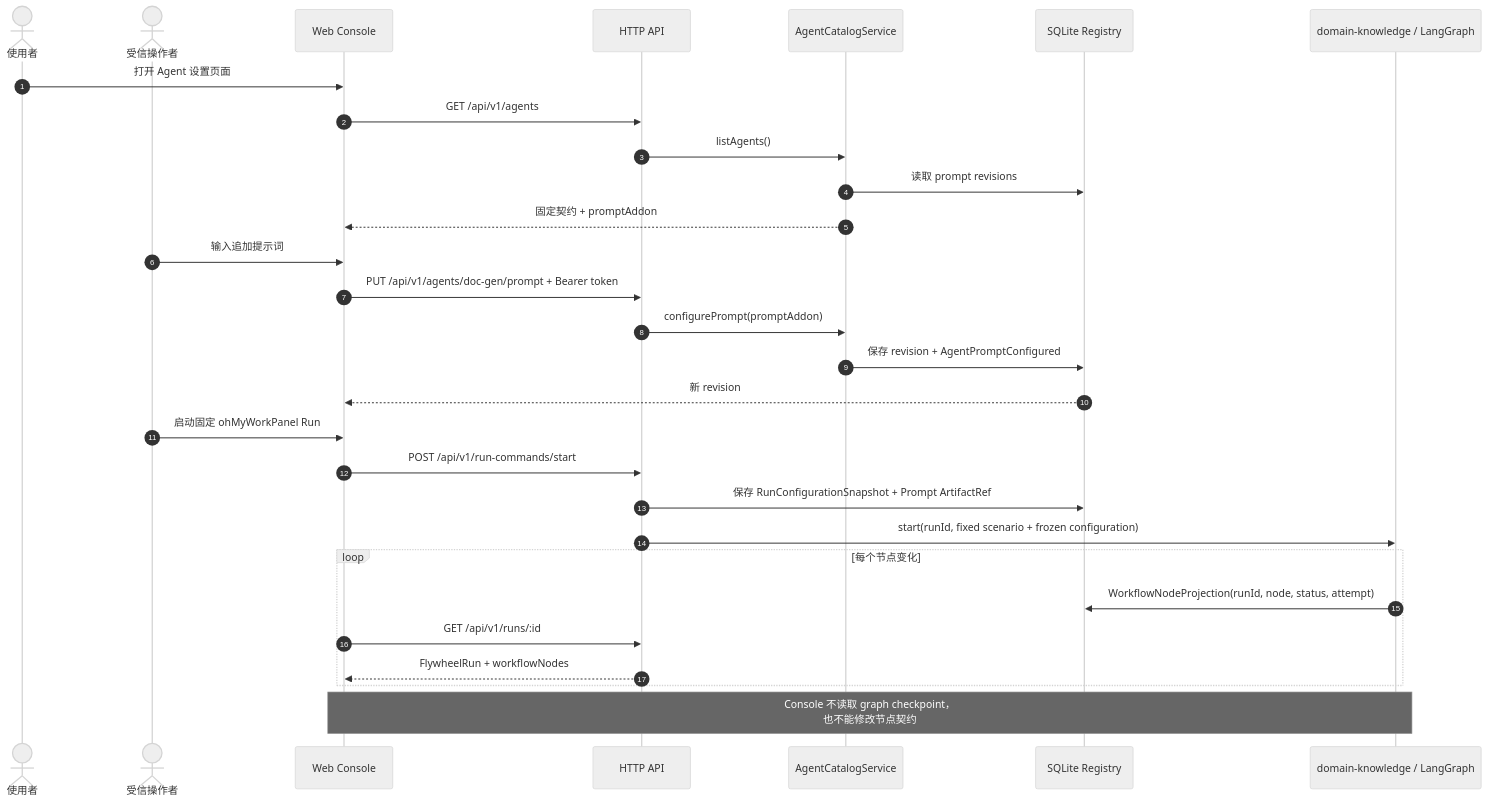
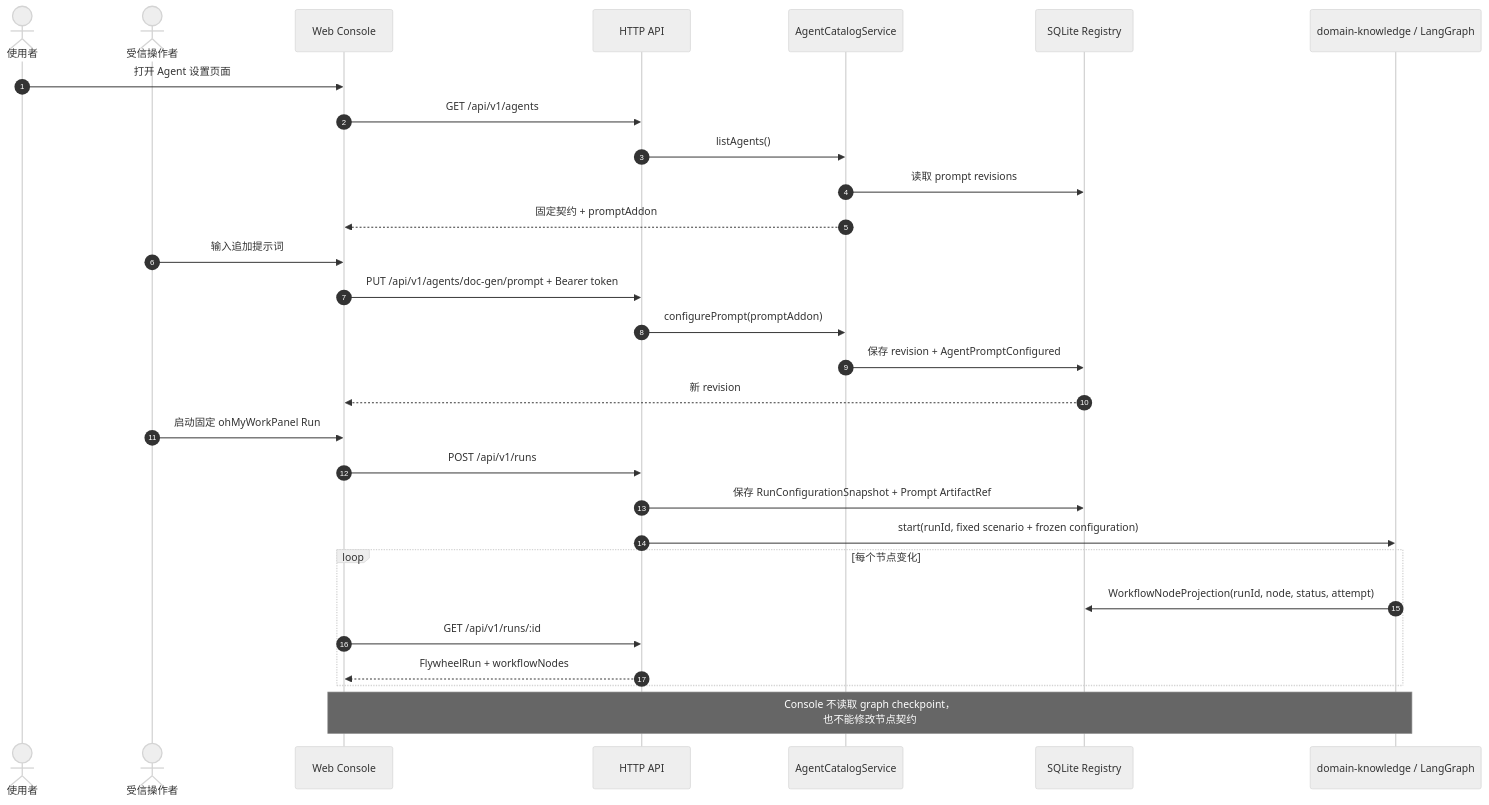
Before and after one commit to linlisWorkTeam/domain-knowledge: the sixth of 6 diagrams in specs/05-workflows/user-use-cases.md, drawn with Mermaid (neutral theme). The commit also changed other lines of this file and 53 other files, not shown here.

````diff
--- a/specs/05-workflows/user-use-cases.md
+++ b/specs/05-workflows/user-use-cases.md
@@ -364,34 +364,34 @@
 ```mermaid
 sequenceDiagram
     autonumber
     actor User as 使用者
     actor Operator as 受信操作者
     participant Console as Web Console
     participant API as HTTP API
     participant Catalog as AgentCatalogService
     participant Registry as SQLite Registry
     participant Graph as domain-knowledge / LangGraph
 
     User->>Console: 打开 Agent 设置页面
     Console->>API: GET /api/v1/agents
     API->>Catalog: listAgents()
     Catalog->>Registry: 读取 prompt revisions
     Catalog-->>Console: 固定契约 + promptAddon
 
     Operator->>Console: 输入追加提示词
     Console->>API: PUT /api/v1/agents/doc-gen/prompt + Bearer token
     API->>Catalog: configurePrompt(promptAddon)
     Catalog->>Registry: 保存 revision + AgentPromptConfigured
     Registry-->>Console: 新 revision
 
     Operator->>Console: 启动固定 ohMyWorkPanel Run
-    Console->>API: POST /api/v1/run-commands/start
+    Console->>API: POST /api/v1/runs
     API->>Registry: 保存 RunConfigurationSnapshot + Prompt ArtifactRef
     API->>Graph: start(runId, fixed scenario + frozen configuration)
     loop 每个节点变化
         Graph->>Registry: WorkflowNodeProjection(runId, node, status, attempt)
         Console->>API: GET /api/v1/runs/:id
         API-->>Console: FlywheelRun + workflowNodes
     end
     Note over Console,Graph: Console 不读取 graph checkpoint，<br/>也不能修改节点契约
 ```
````
